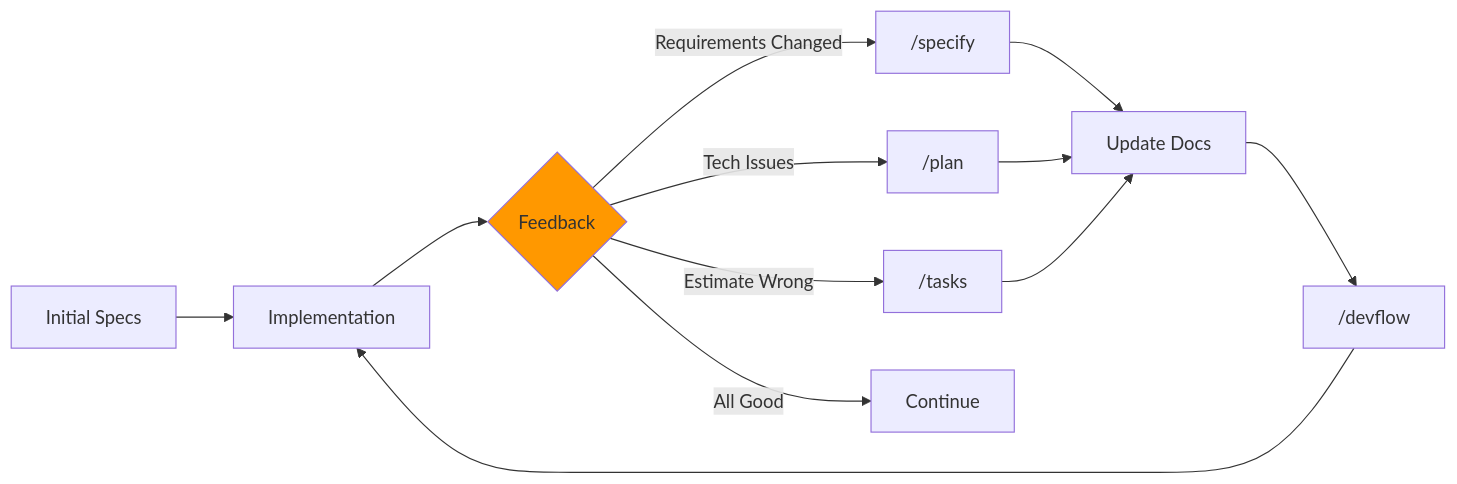
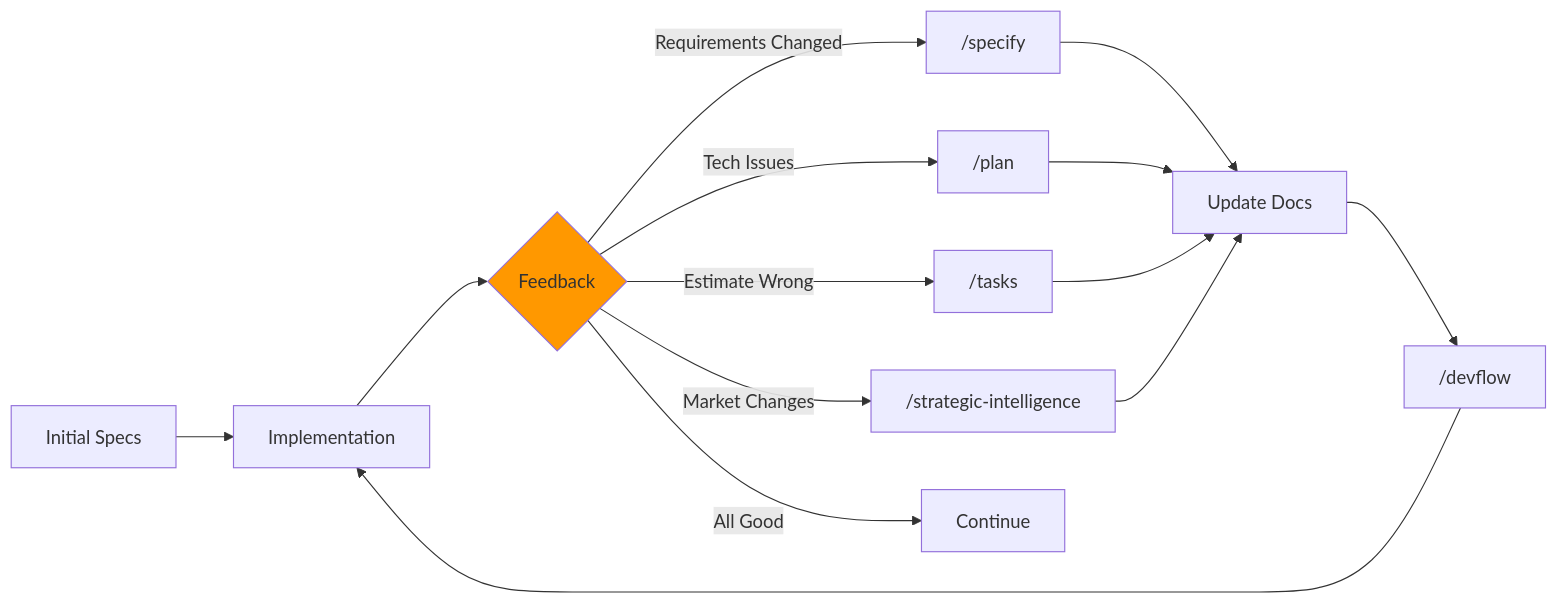
One commit to Mathews-Tom/sage-dev changed diagram 15 of 22 in commands/WORKFLOW.md. Above: the diagram before and after it, drawn with Mermaid. The commit also changed other lines of this file and 3 other files, not shown here.

First line of the commit message:
Add /strategic-intelligence command and integrate across docs; remove legacy gap analysis

````diff
--- a/commands/WORKFLOW.md
+++ b/commands/WORKFLOW.md
@@ -391,17 +454,19 @@
 ```mermaid
 graph LR
     A[Initial Specs] --> B[Implementation]
     B --> C{Feedback}
     C -->|Requirements Changed| D["/specify"]
     C -->|Tech Issues| E["/plan"]
     C -->|Estimate Wrong| F["/tasks"]
-    C -->|All Good| G[Continue]
-    
-    D --> H[Update Docs]
-    E --> H
-    F --> H
-    H --> I["/devflow"]
-    I --> B
-    
+    C -->|Market Changes| G["/strategic-intelligence"]
+    C -->|All Good| H[Continue]
+
+    D --> I[Update Docs]
+    E --> I
+    F --> I
+    G --> I
+    I --> J["/devflow"]
+    J --> B
+
     style C fill:#ff9800
 ```
````
